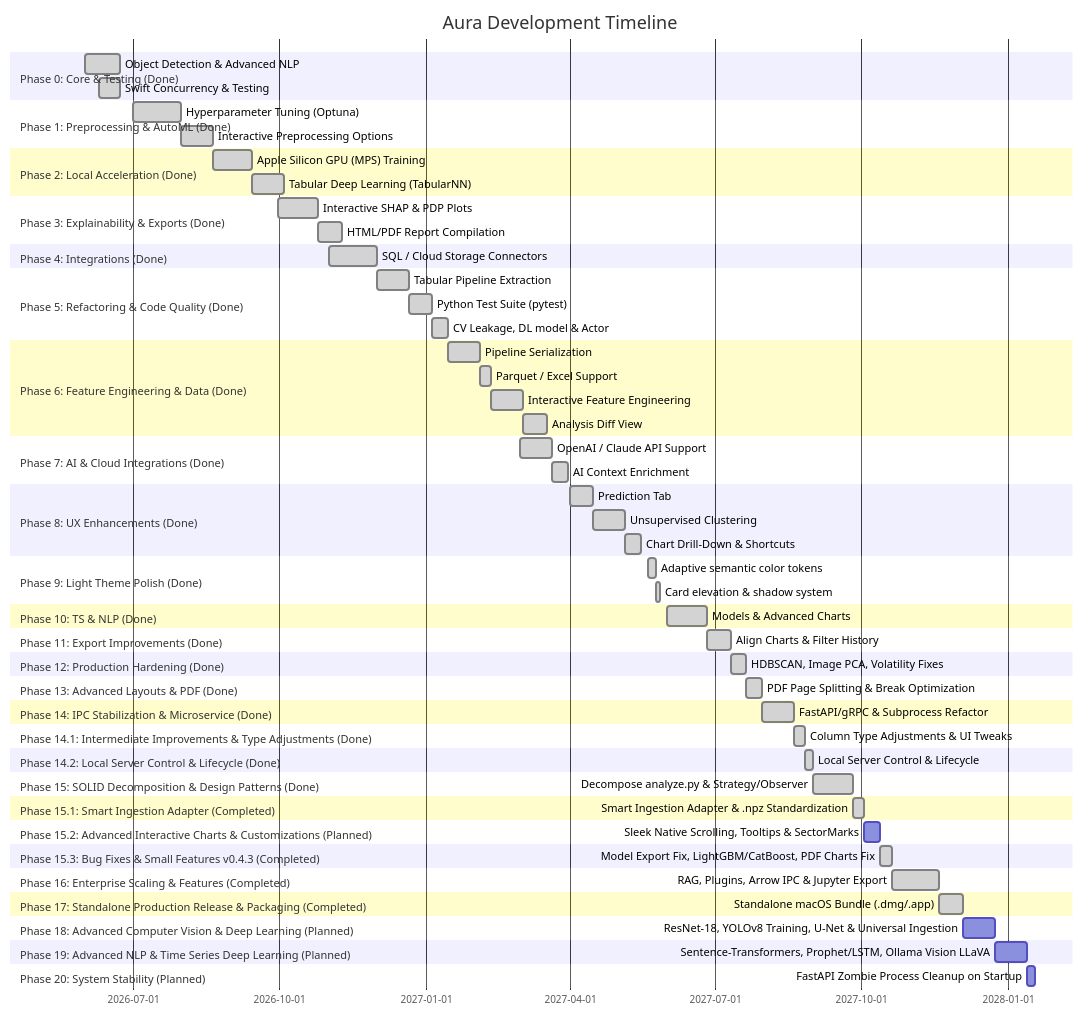
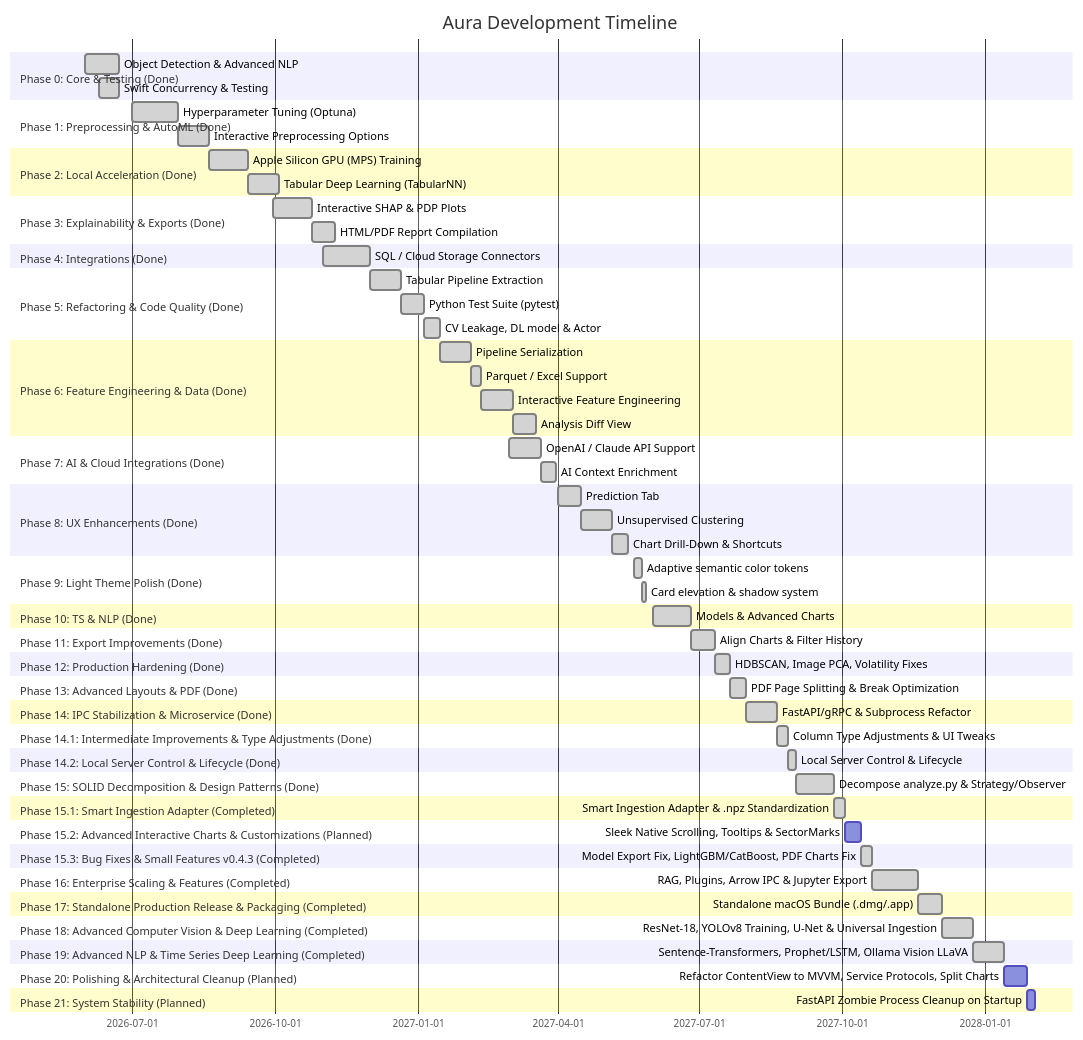
One commit to Nodibell/Aura changed the diagram in temp/ROADMAP.md. Above: the diagram before and after it, drawn with Mermaid. The commit also changed other lines of this file and 44 other files, not shown here.

Commit message:
Implement Phase 18 and Phase 19: Deep Learning Feature Extraction, U-Net Segmentation, YOLOv8/v11 integration, UI polishing, Thread-safety fixes, and complete-dataset date range preview

````diff
--- a/temp/ROADMAP.md
+++ b/temp/ROADMAP.md
@@ -9,70 +9,72 @@
 ```mermaid
 gantt
     title Aura Development Timeline
     dateFormat  YYYY-MM-DD
     section Phase 0: Core & Testing (Done)
     Object Detection & Advanced NLP     :done, p0_1, 2026-06-01, 22d
     Swift Concurrency & Testing         :done, p0_2, 2026-06-10, 13d
     section Phase 1: Preprocessing & AutoML (Done)
     Hyperparameter Tuning (Optuna)      :done, p1, 2026-07-01, 30d
     Interactive Preprocessing Options   :done, p2, after p1, 20d
     section Phase 2: Local Acceleration (Done)
     Apple Silicon GPU (MPS) Training    :done, p3, 2026-08-20, 25d
     Tabular Deep Learning (TabularNN)   :done, p4, after p3, 20d
     section Phase 3: Explainability & Exports (Done)
     Interactive SHAP & PDP Plots        :done, p5, 2026-09-30, 25d
     HTML/PDF Report Compilation         :done, p6, after p5, 15d
     section Phase 4: Integrations (Done)
     SQL / Cloud Storage Connectors     :done, p7, 2026-11-01, 30d
     section Phase 5: Refactoring & Code Quality (Done)
     Tabular Pipeline Extraction         :done, p8, 2026-12-01, 20d
     Python Test Suite (pytest)          :done, p9, after p8, 15d
     CV Leakage, DL model & Actor        :done, p10, after p9, 10d
     section Phase 6: Feature Engineering & Data (Done)
     Pipeline Serialization              :done, p11, 2027-01-15, 20d
     Parquet / Excel Support             :done, p12, after p11, 7d
     Interactive Feature Engineering     :done, p13, after p12, 20d
     Analysis Diff View                  :done, p14, after p13, 15d
     section Phase 7: AI & Cloud Integrations (Done)
     OpenAI / Claude API Support         :done, p15, 2027-03-01, 20d
     AI Context Enrichment               :done, p16, after p15, 10d
     section Phase 8: UX Enhancements (Done)
     Prediction Tab                      :done, p17, 2027-04-01, 15d
     Unsupervised Clustering             :done, p18, after p17, 20d
     Chart Drill-Down & Shortcuts        :done, p19, after p18, 10d
     section Phase 9: Light Theme Polish (Done)
     Adaptive semantic color tokens      :done, p20, 2027-05-20, 5d
     Card elevation & shadow system      :done, p21, after p20, 3d
     section Phase 10: TS & NLP (Done)
     Models & Advanced Charts            :done, p22, 2027-06-01, 25d
     section Phase 11: Export Improvements (Done)
     Align Charts & Filter History       :done, p23, after p22, 15d
     section Phase 12: Production Hardening (Done)
     HDBSCAN, Image PCA, Volatility Fixes :done, p24, after p23, 10d
     section Phase 13: Advanced Layouts & PDF (Done)
     PDF Page Splitting & Break Optimization :done, p25, after p24, 10d
     section Phase 14: IPC Stabilization & Microservice (Done)
     FastAPI/gRPC & Subprocess Refactor  :done, p26, after p25, 20d
     section Phase 14.1: Intermediate Improvements & Type Adjustments (Done)
     Column Type Adjustments & UI Tweaks :done, p26_1, after p26, 7d
     section Phase 14.2: Local Server Control & Lifecycle (Done)
     Local Server Control & Lifecycle   :done, p26_2, after p26_1, 5d
     section Phase 15: SOLID Decomposition & Design Patterns (Done)
     Decompose analyze.py & Strategy/Observer :done, p27, after p26_2, 25d
     section Phase 15.1: Smart Ingestion Adapter (Completed)
     Smart Ingestion Adapter & .npz Standardization :done, p27_1, after p27, 7d
     section Phase 15.2: Advanced Interactive Charts & Customizations (Planned)
     Sleek Native Scrolling, Tooltips & SectorMarks :p27_2, after p27_1, 10d
     section Phase 15.3: Bug Fixes & Small Features v0.4.3 (Completed)
     Model Export Fix, LightGBM/CatBoost, PDF Charts Fix :done, p27_3, after p27_2, 7d
     section Phase 16: Enterprise Scaling & Features (Completed)
     RAG, Plugins, Arrow IPC & Jupyter Export :done, p28, after p27_3, 30d
     section Phase 17: Standalone Production Release & Packaging (Completed)
     Standalone macOS Bundle (.dmg/.app) :done, p29, after p28, 15d
-    section Phase 18: Advanced Computer Vision & Deep Learning (Planned)
-    ResNet-18, YOLOv8 Training, U-Net & Universal Ingestion :p30, after p29, 20d
-    section Phase 19: Advanced NLP & Time Series Deep Learning (Planned)
-    Sentence-Transformers, Prophet/LSTM, Ollama Vision LLaVA :p31, after p30, 20d
-    section Phase 20: System Stability (Planned)
-    FastAPI Zombie Process Cleanup on Startup :p32, after p31, 5d
+    section Phase 18: Advanced Computer Vision & Deep Learning (Completed)
+    ResNet-18, YOLOv8 Training, U-Net & Universal Ingestion :done, p30, after p29, 20d
+    section Phase 19: Advanced NLP & Time Series Deep Learning (Completed)
+    Sentence-Transformers, Prophet/LSTM, Ollama Vision LLaVA :done, p31, after p30, 20d
+    section Phase 20: Polishing & Architectural Cleanup (Planned)
+    Refactor ContentView to MVVM, Service Protocols, Split Charts :p32, after p31, 15d
+    section Phase 21: System Stability (Planned)
+    FastAPI Zombie Process Cleanup on Startup :p33, after p32, 5d
 ```
````
